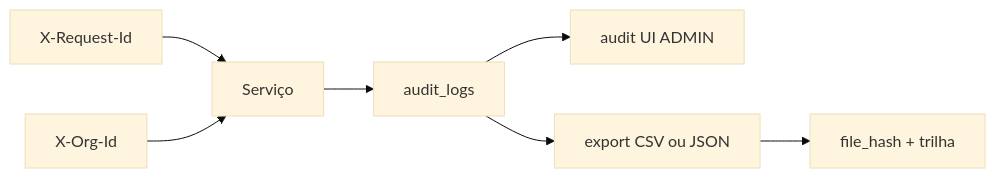
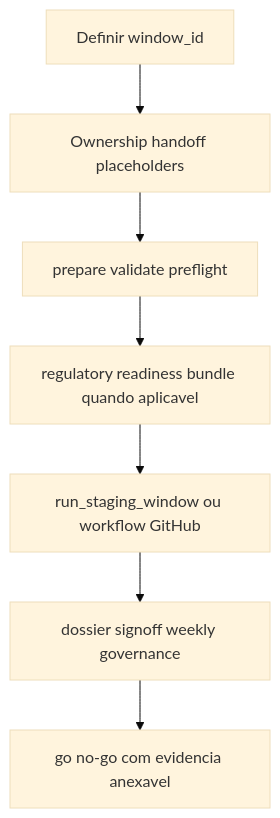
Before and after one commit to Jistriane/Ontrackchain: the second of 2 diagrams in README.md, drawn with Mermaid (base theme). The commit also changed other lines of this file and 98 other files, not shown here.

Commit message:
feat: harden regulatory staging workflow and sync governance docs

````diff
--- a/README.md
+++ b/README.md
@@ -340,9 +184,9 @@
 ```mermaid
-flowchart LR
-  req[X-Request-Id] --> svc[Serviço]
-  org[X-Org-Id] --> svc
-  svc --> auditLogs[audit_logs]
-  auditLogs --> auditUI[audit UI ADMIN]
-  auditLogs --> exportUI[export CSV ou JSON]
-  exportUI --> evidence[file_hash + trilha]
+flowchart TD
+  start[Definir window_id] --> ownership[Ownership handoff placeholders]
+  ownership --> preflight[prepare validate preflight]
+  preflight --> bundle[regulatory readiness bundle quando aplicavel]
+  bundle --> run[run_staging_window ou workflow GitHub]
+  run --> dossier[dossier signoff weekly governance]
+  dossier --> decision[go no-go com evidencia anexavel]
 ```
````
